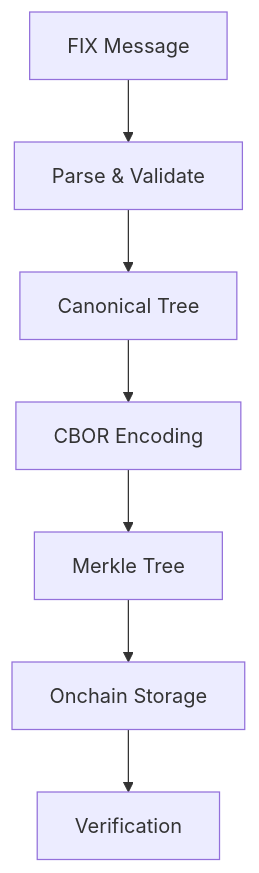
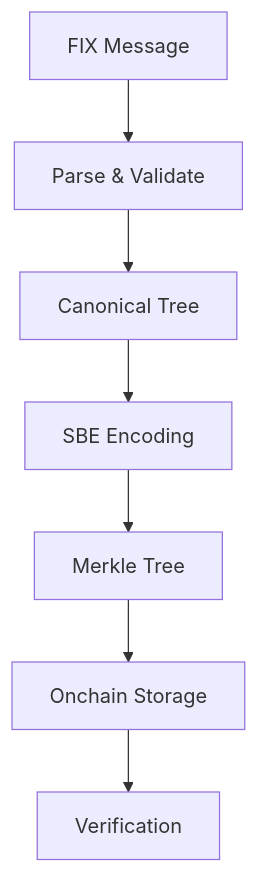
One commit to swapnilraj/fix-descriptor changed the diagram in README.md. Above: the diagram before and after it, drawn with Mermaid. The commit also changed other lines of this file and 13 other files, not shown here.

````diff
--- a/README.md
+++ b/README.md
@@ -271,9 +267,9 @@
 ```mermaid
 graph TD
     A[FIX Message] --> B[Parse & Validate]
     B --> C[Canonical Tree]
-    C --> D[CBOR Encoding]
+    C --> D[SBE Encoding]
     D --> E[Merkle Tree]
     E --> F[Onchain Storage]
     F --> G[Verification]
 ```
````
